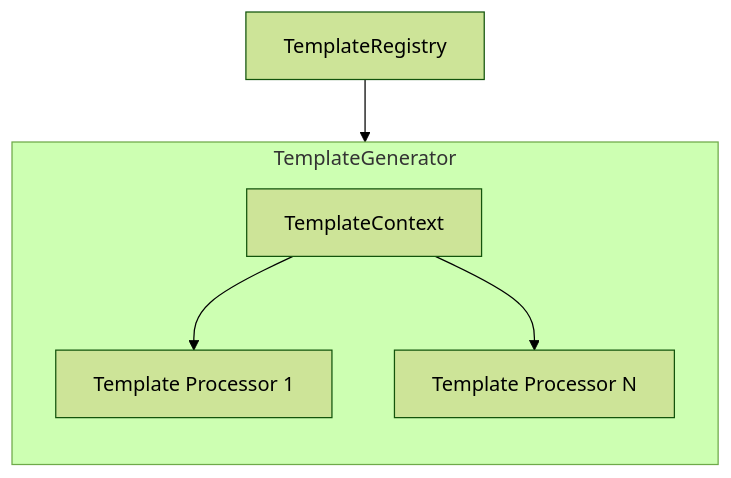
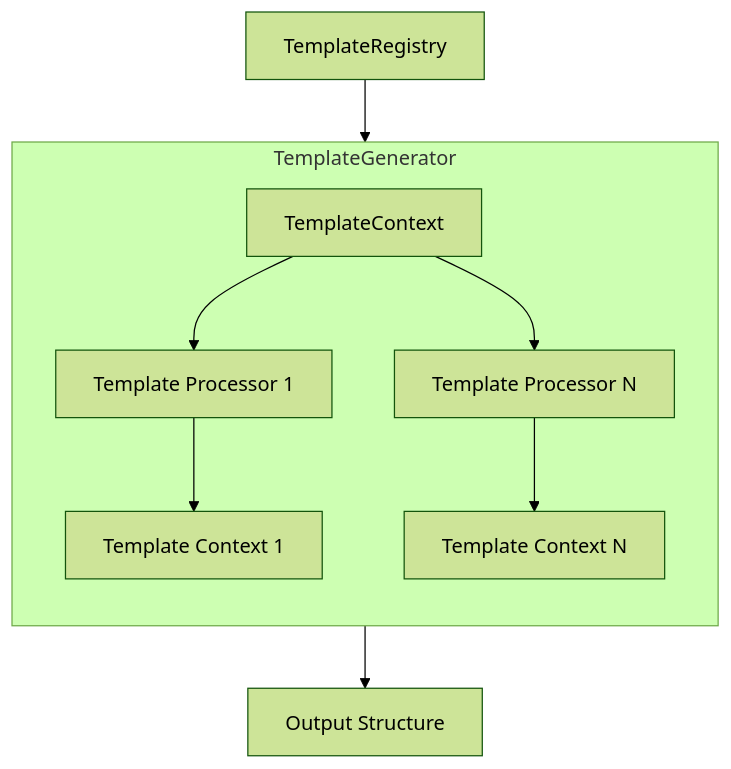
The fourth of 8 diagrams in docs/engine/architecture.md (realAleksha/kotli), drawn with Mermaid (forest theme) before and after one commit. The commit also changed other lines of this file and 2 other files, not shown here.

Commit message:
docs (*) template overview

````diff
--- a/docs/engine/architecture.md
+++ b/docs/engine/architecture.md
@@ -131,14 +141,19 @@
 ```mermaid
 graph TD
    class TemplateRegistry abstract
+   TC1["Template Context 1"]
+   TCN["Template Context N"]
+   OS["Output Structure"]
    subgraph TemplateGenerator
        direction TB
-       TemplateContext
        TP1["Template Processor 1"]
        TPN["Template Processor N"]
        TemplateContext --> TP1
        TemplateContext --> TPN
+       TP1 --> TC1
+       TPN --> TCN
    end
 
    TemplateRegistry --> TemplateGenerator
+   TemplateGenerator --> OS
 ```
````
